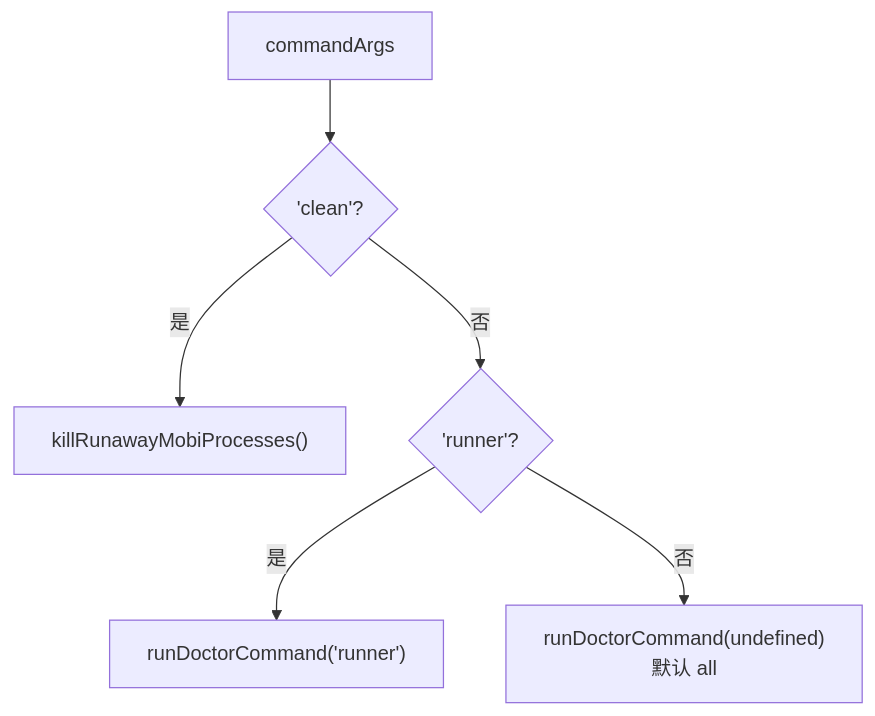
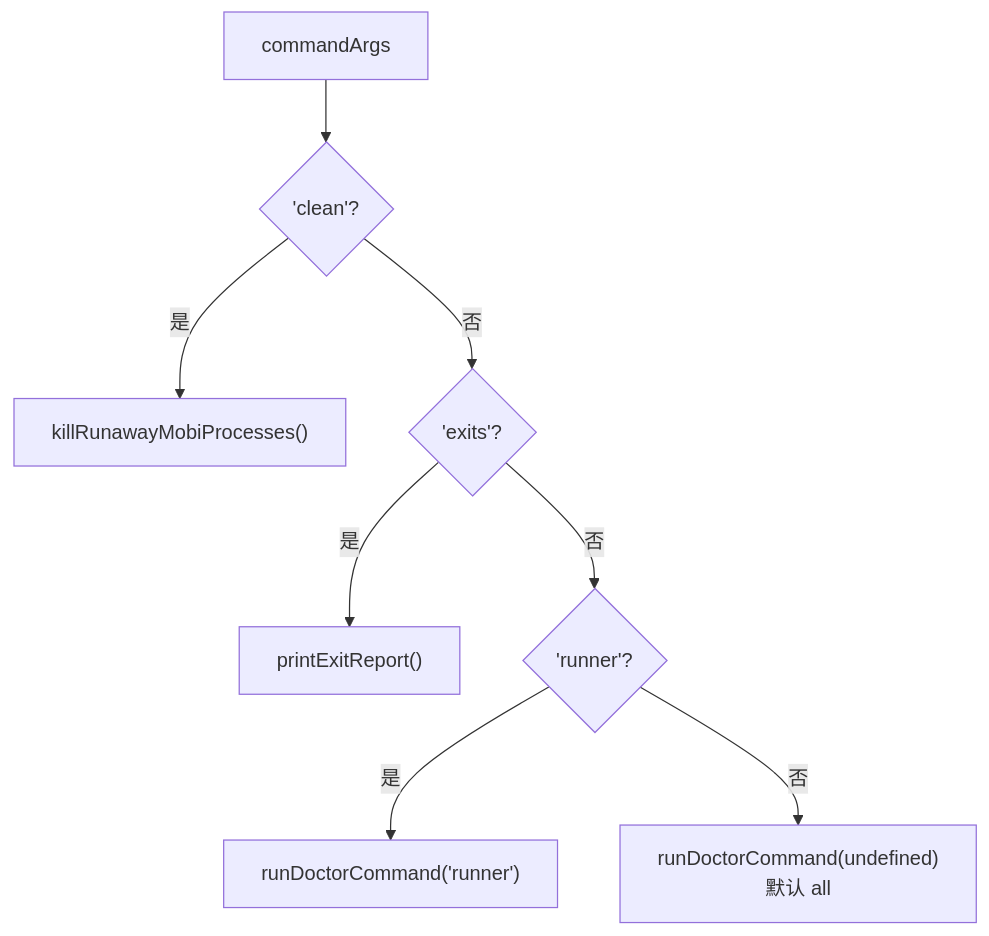
Before and after one commit to ModuBit/mobi: the second of 5 diagrams in docs/architecture/cli/commands/doctor/README.md, drawn with Mermaid. The commit also changed other lines of this file and 1 other file, not shown here.

First line of the commit message:
docs: 同步 exitLogger / mobi doctor exits 文档

````diff
--- a/docs/architecture/cli/commands/doctor/README.md
+++ b/docs/architecture/cli/commands/doctor/README.md
@@ -43,8 +44,10 @@
 ```mermaid
 flowchart TB
     Args["commandArgs"] --> Check1{"'clean'?"}
     Check1 -->|是| Clean["killRunawayMobiProcesses()"]
-    Check1 -->|否| Check2{"'runner'?"}
+    Check1 -->|否| CheckExits{"'exits'?"}
+    CheckExits -->|是| Exits["printExitReport()"]
+    CheckExits -->|否| Check2{"'runner'?"}
     Check2 -->|是| RunnerFilter["runDoctorCommand('runner')"]
     Check2 -->|否| AllFilter["runDoctorCommand(undefined)<br/>默认 all"]
 ```
````
